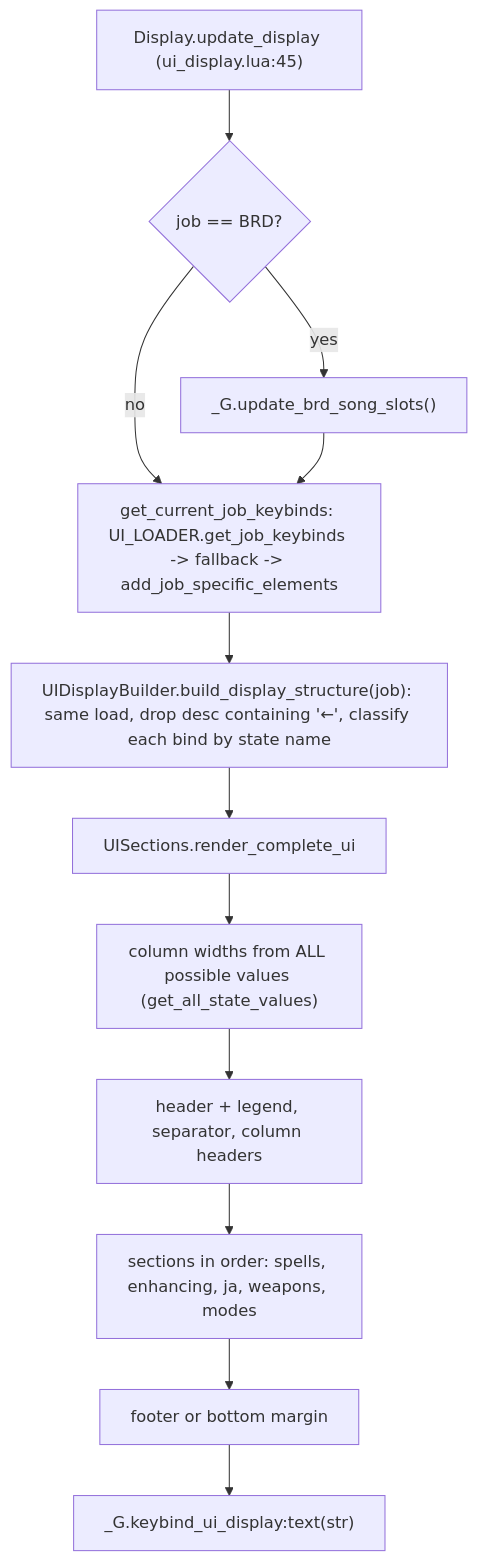
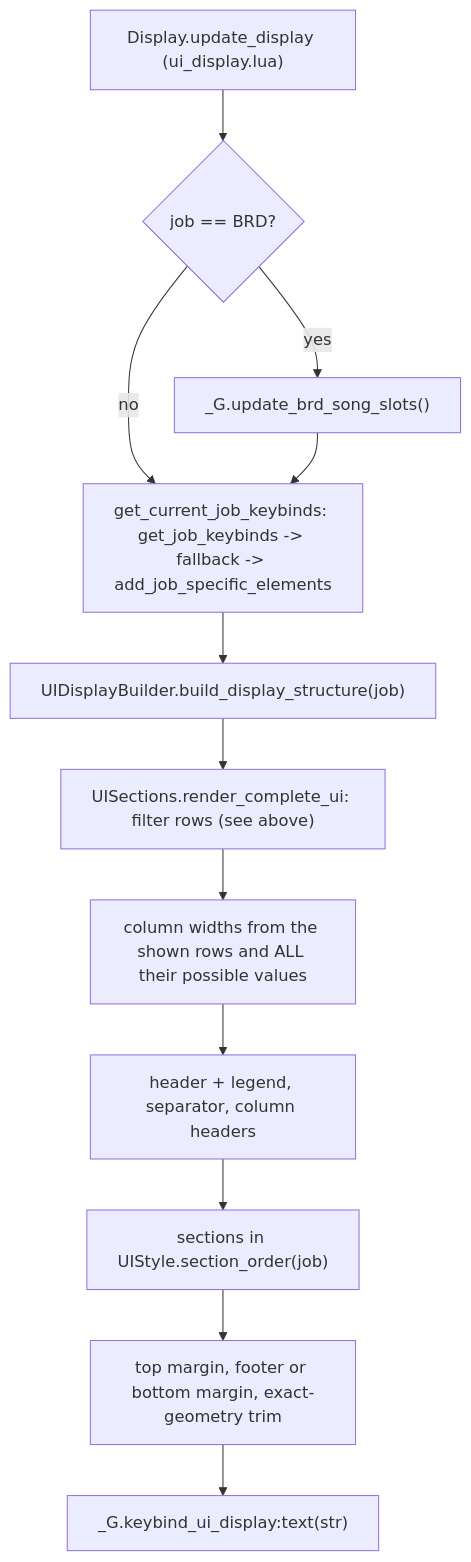
One commit to ejouanchicot/Gearswap changed the third of 5 diagrams in docs/dev/systems/ui-overlay.md. Above: the diagram before and after it, drawn with Mermaid. The commit also changed other lines of this file and 14 other files, not shown here.

First line of the commit message:
docs(dev): re-verify systems and architecture pages against the code

````diff
--- a/docs/dev/systems/ui-overlay.md
+++ b/docs/dev/systems/ui-overlay.md
@@ -97,14 +170,14 @@
 ```mermaid
 flowchart TD
-    A["Display.update_display (ui_display.lua:45)"] --> B{"job == BRD?"}
+    A["Display.update_display (ui_display.lua)"] --> B{"job == BRD?"}
     B -- yes --> B1["_G.update_brd_song_slots()"]
     B -- no --> C
-    B1 --> C["get_current_job_keybinds: UI_LOADER.get_job_keybinds -> fallback -> add_job_specific_elements"]
-    C --> D["UIDisplayBuilder.build_display_structure(job): same load, drop desc containing '←', classify each bind by state name"]
-    D --> E["UISections.render_complete_ui"]
-    E --> F["column widths from ALL possible values (get_all_state_values)"]
+    B1 --> C["get_current_job_keybinds: get_job_keybinds -> fallback -> add_job_specific_elements"]
+    C --> D["UIDisplayBuilder.build_display_structure(job)"]
+    D --> E["UISections.render_complete_ui: filter rows (see above)"]
+    E --> F["column widths from the shown rows and ALL their possible values"]
     F --> G["header + legend, separator, column headers"]
-    G --> H["sections in order: spells, enhancing, ja, weapons, modes"]
-    H --> I["footer or bottom margin"]
+    G --> H["sections in UIStyle.section_order(job)"]
+    H --> I["top margin, footer or bottom margin, exact-geometry trim"]
     I --> J["_G.keybind_ui_display:text(str)"]
 ```
````
